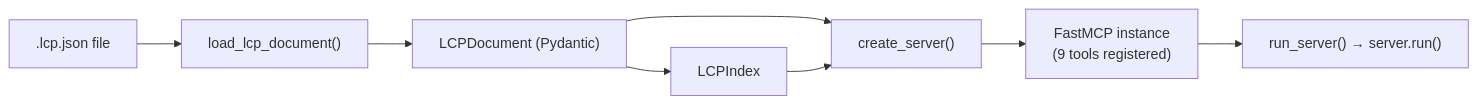
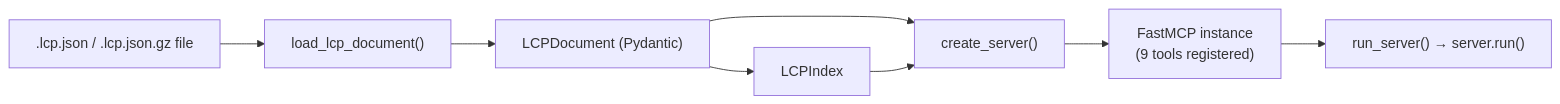
One commit to zazza123/lcp changed the first of 4 diagrams in docs/mcp_server/architecture.md. Above: the diagram before and after it, drawn with Mermaid. The commit also changed other lines of this file and 4 other files, not shown here.

````diff
--- a/docs/mcp_server/architecture.md
+++ b/docs/mcp_server/architecture.md
@@ -12,10 +12,10 @@
 ```mermaid
 flowchart LR
-    A[".lcp.json file"] --> B["load_lcp_document()"]
+    A[".lcp.json / .lcp.json.gz file"] --> B["load_lcp_document()"]
     B --> C["LCPDocument (Pydantic)"]
     C --> D["LCPIndex"]
     C --> E["create_server()"]
     D --> E
     E --> F["FastMCP instance\n(9 tools registered)"]
     F --> G["run_server() → server.run()"]
 ```
````
